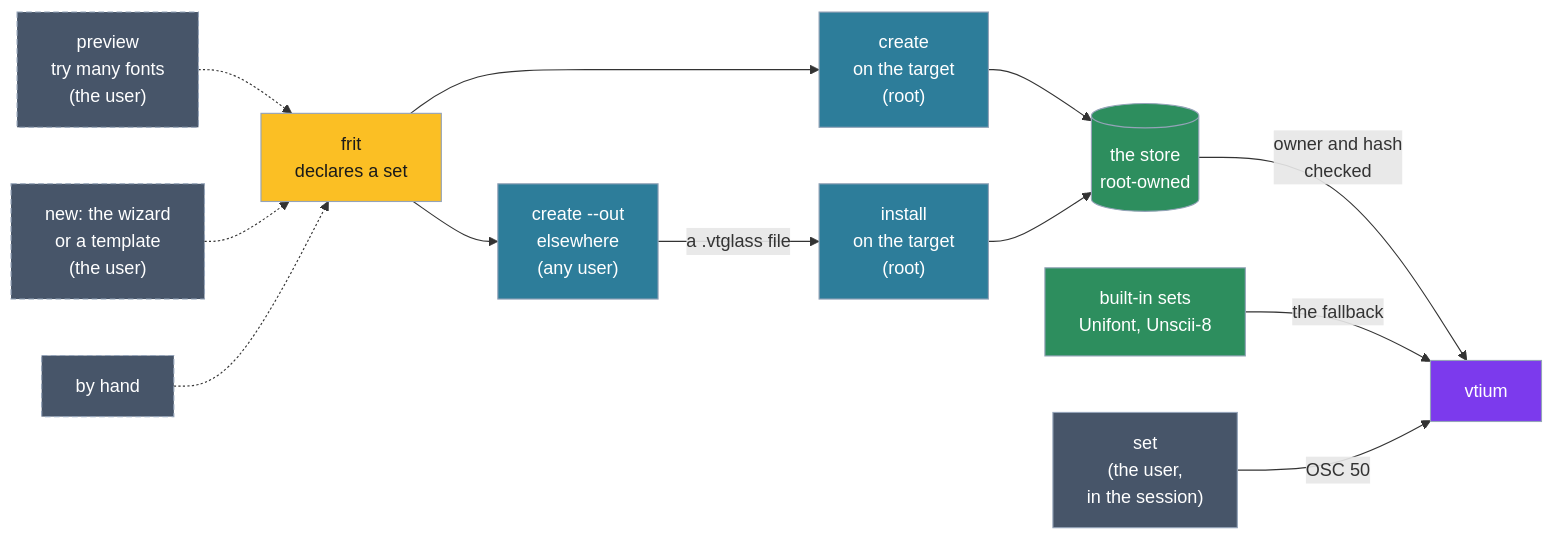
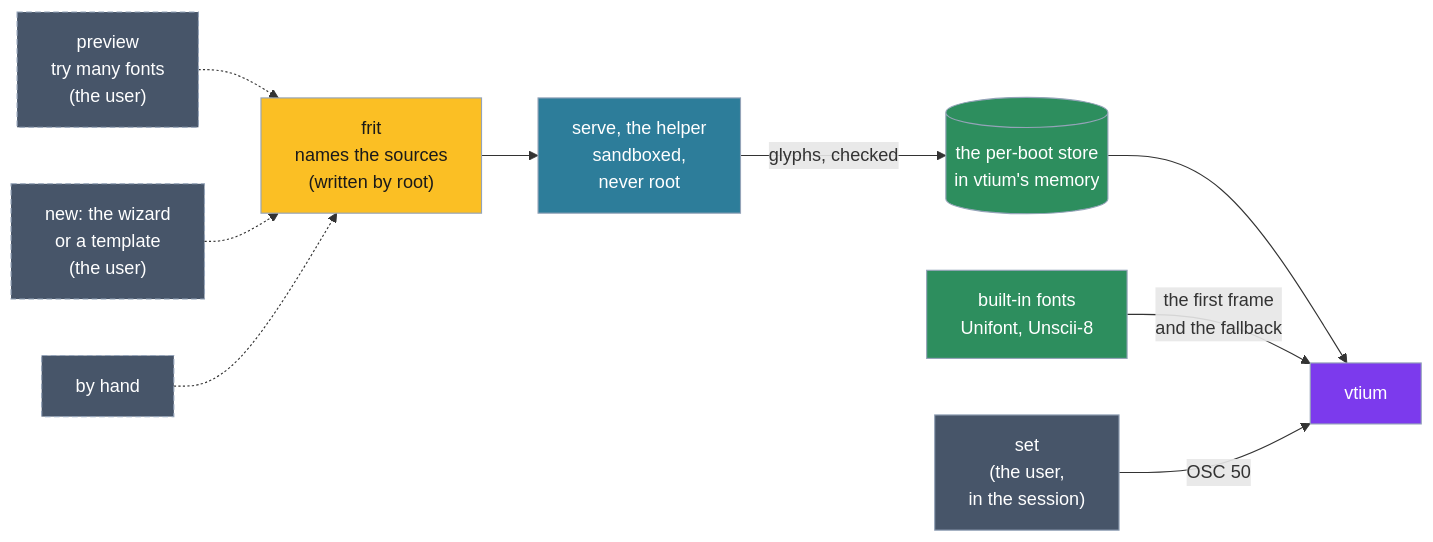
The second of 2 diagrams in docs/concepts.md (vtium/vtium), drawn with Mermaid before and after one commit. The commit also changed other lines of this file and 3 other files, not shown here.

First line of the commit message:
docs: fonts are frits drawn at run time, with no store

````diff
--- a/docs/concepts.md
+++ b/docs/concepts.md
@@ -114,26 +108,23 @@
 ```mermaid
 flowchart LR
     P["preview<br>try many fonts<br>(the user)"] -.-> R
     W["new: the wizard<br>or a template<br>(the user)"] -.-> R
     H["by hand"] -.-> R
-    R["frit<br>declares a set"] --> C["create<br>on the target<br>(root)"]
-    R --> O["create --out<br>elsewhere<br>(any user)"]
-    O -->|"a .vtglass file"| I["install<br>on the target<br>(root)"]
-    C --> ST[("the store<br>root-owned")]
-    I --> ST
-    ST -->|"owner and hash<br>checked"| V["vtium"]
-    B["built-in sets<br>Unifont, Unscii-8"] -->|"the fallback"| V
+    R["frit<br>names the sources<br>(written by root)"] --> HE["serve, the helper<br>sandboxed,<br>never root"]
+    HE -->|"glyphs, checked"| ST[("the per-boot store<br>in vtium's memory")]
+    ST --> V["vtium"]
+    B["built-in fonts<br>Unifont, Unscii-8"] -->|"the first frame<br>and the fallback"| V
     S["set<br>(the user,<br>in the session)"] -->|"OSC 50"| V
     classDef step fill:#2d7d9a,color:#ffffff,stroke:#94a3b8
     classDef core fill:#7c3aed,color:#ffffff,stroke:#94a3b8
     classDef store fill:#2d8e5e,color:#ffffff,stroke:#94a3b8
     classDef input fill:#fbbf24,color:#1a1a1a,stroke:#94a3b8
     classDef user fill:#475569,color:#ffffff,stroke:#94a3b8
     classDef proposed fill:#475569,color:#ffffff,stroke:#94a3b8,stroke-dasharray:5 3
-    class C,O,I step
+    class HE step
     class V core
     class ST,B store
     class R input
     class S user
     class P,W,H proposed
 ```
````
